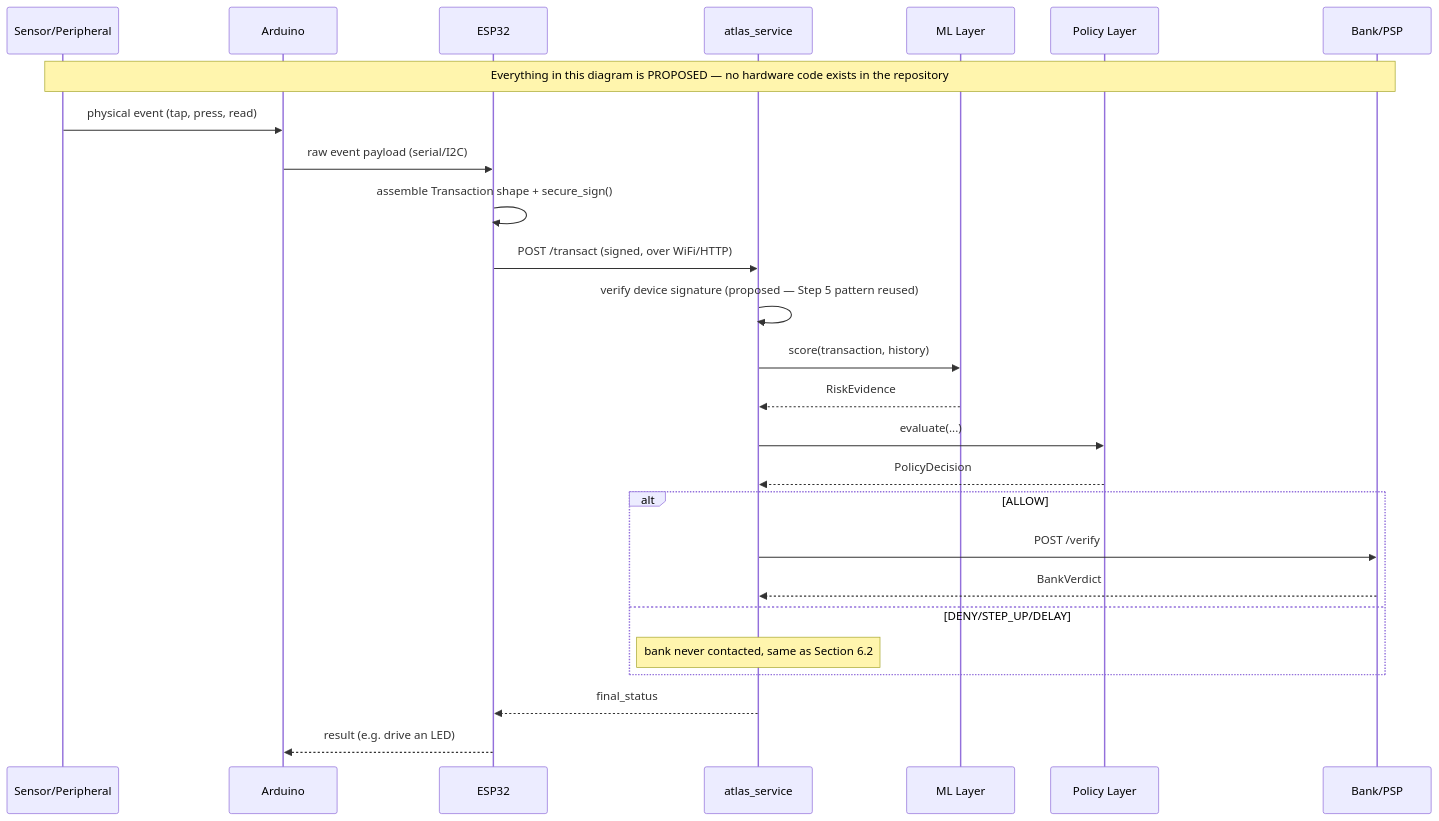
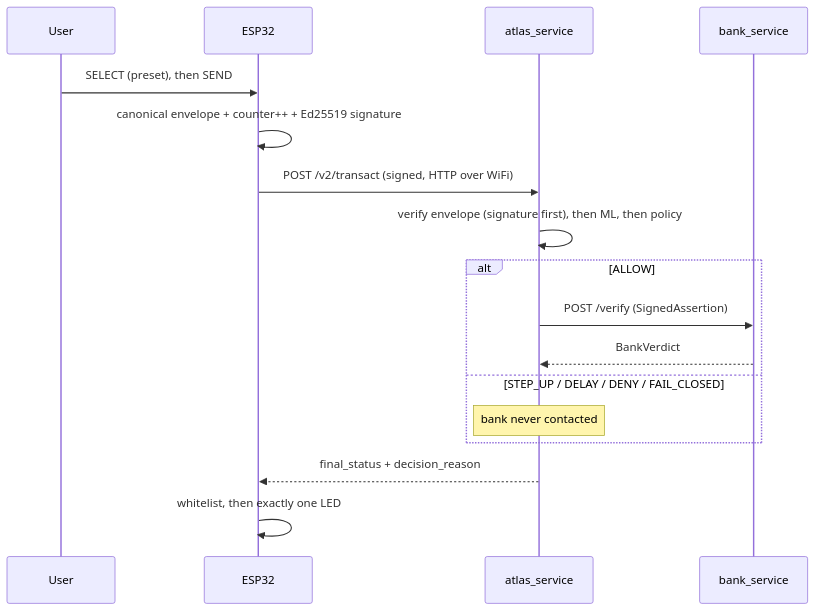
Before and after one commit to Dhanu2626/atlas: the eighth of 8 diagrams in docs/ATLAS-Blueprint.md, drawn with Mermaid. The commit also changed other lines of this file and 4 other files, not shown here.

````diff
--- a/docs/ATLAS-Blueprint.md
+++ b/docs/ATLAS-Blueprint.md
@@ -663,29 +834,20 @@
 ```mermaid
 sequenceDiagram
-    participant S as Sensor/Peripheral
-    participant AR as Arduino
+    participant U as User
     participant ESP as ESP32
     participant AT as atlas_service
-    participant ML as ML Layer
-    participant POL as Policy Layer
-    participant BK as Bank/PSP
+    participant BK as bank_service
 
-    Note over S,BK: Everything in this diagram is PROPOSED — no hardware code exists in the repository
-    S->>AR: physical event (tap, press, read)
-    AR->>ESP: raw event payload (serial/I2C)
-    ESP->>ESP: assemble Transaction shape + secure_sign()
-    ESP->>AT: POST /transact (signed, over WiFi/HTTP)
-    AT->>AT: verify device signature (proposed — Step 5 pattern reused)
-    AT->>ML: score(transaction, history)
-    ML-->>AT: RiskEvidence
-    AT->>POL: evaluate(...)
-    POL-->>AT: PolicyDecision
+    U->>ESP: SELECT (preset), then SEND
+    ESP->>ESP: canonical envelope + counter++ + Ed25519 signature
+    ESP->>AT: POST /v2/transact (signed, HTTP over WiFi)
+    AT->>AT: verify envelope (signature first), then ML, then policy
     alt ALLOW
-        AT->>BK: POST /verify
+        AT->>BK: POST /verify (SignedAssertion)
         BK-->>AT: BankVerdict
-    else DENY/STEP_UP/DELAY
-        Note over AT: bank never contacted, same as Section 6.2
+    else STEP_UP / DELAY / DENY / FAIL_CLOSED
+        Note over AT: bank never contacted
     end
-    AT-->>ESP: final_status
-    ESP-->>AR: result (e.g. drive an LED)
+    AT-->>ESP: final_status + decision_reason
+    ESP->>ESP: whitelist, then exactly one LED
 ```
````
